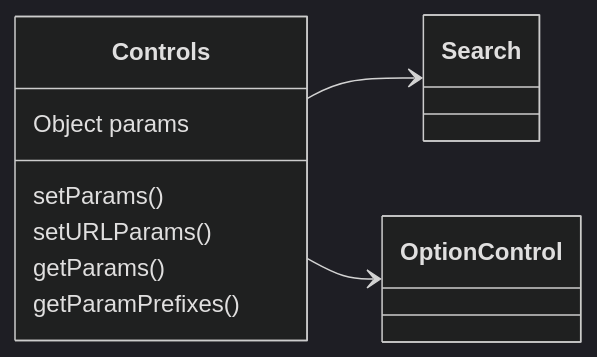
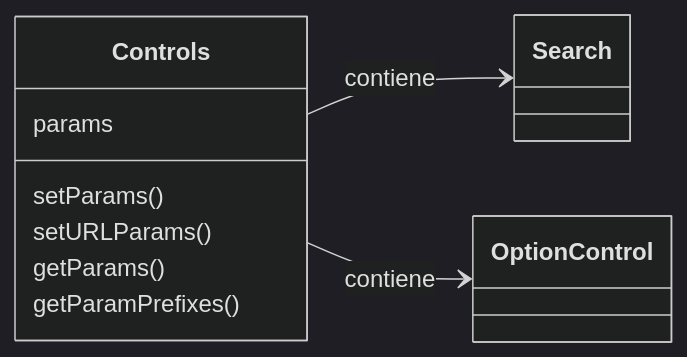
The diagram in README.md (rodrigodomingorena/para-el-readme), drawn with Mermaid (dark theme) before and after one commit. The commit also changed other lines of this file, not shown here.

````diff
--- a/README.md
+++ b/README.md
@@ -183,14 +183,14 @@
    ```mermaid
    classDiagram
     direction LR
     class Controls {
-        Object params
+        params
         setParams()
         setURLParams()
         getParams()
         getParamPrefixes()
     }
 
-    Controls --> Search
-    Controls --> OptionControl
+    Controls --> Search : contiene
+    Controls --> OptionControl : contiene
    ```
````
